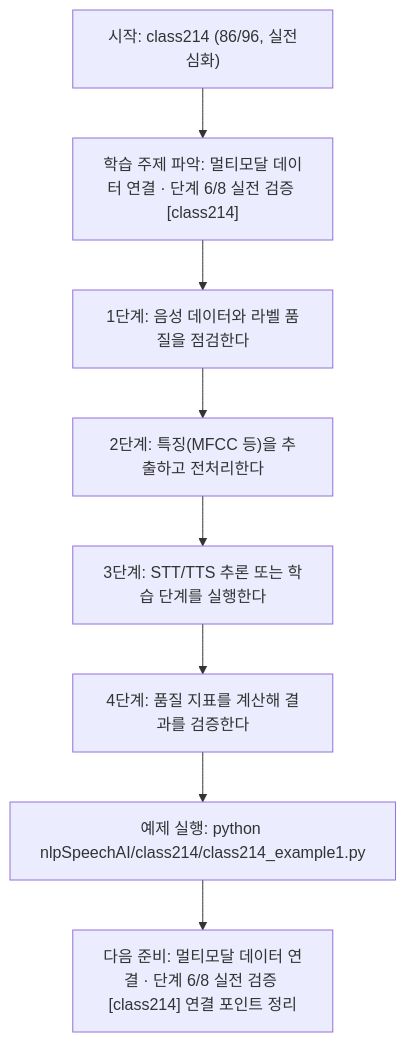
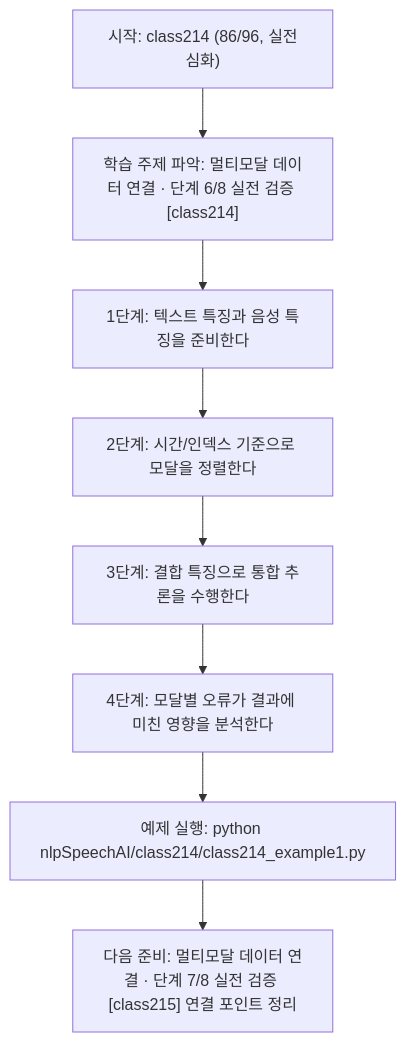
The diagram in nlpSpeechAI/class214/class214.md (edumgt/Python-AI_Agent-Class), drawn with Mermaid before and after one commit. The commit also changed other lines of this file and 1122 other files, not shown here.

````diff
--- a/nlpSpeechAI/class214/class214.md
+++ b/nlpSpeechAI/class214/class214.md
@@ -114,18 +95,18 @@
 ```mermaid
 flowchart TD
 N1["시작: class214 (86/96, 실전심화)"]
 N2["학습 주제 파악: 멀티모달 데이터 연결 · 단계 6/8 실전 검증 [class214]"]
-N3["1단계: 음성 데이터와 라벨 품질을 점검한다"]
-N4["2단계: 특징(MFCC 등)을 추출하고 전처리한다"]
-N5["3단계: STT/TTS 추론 또는 학습 단계를 실행한다"]
-N6["4단계: 품질 지표를 계산해 결과를 검증한다"]
+N3["1단계: 텍스트 특징과 음성 특징을 준비한다"]
+N4["2단계: 시간/인덱스 기준으로 모달을 정렬한다"]
+N5["3단계: 결합 특징으로 통합 추론을 수행한다"]
+N6["4단계: 모달별 오류가 결과에 미친 영향을 분석한다"]
 N7["예제 실행: python nlpSpeechAI/class214/class214_example1.py"]
-N8["다음 준비: 멀티모달 데이터 연결 · 단계 6/8 실전 검증 [class214] 연결 포인트 정리"]
+N8["다음 준비: 멀티모달 데이터 연결 · 단계 7/8 실전 검증 [class215] 연결 포인트 정리"]
 N1 --> N2
 N2 --> N3
 N3 --> N4
 N4 --> N5
 N5 --> N6
 N6 --> N7
 N7 --> N8
 ```
````
